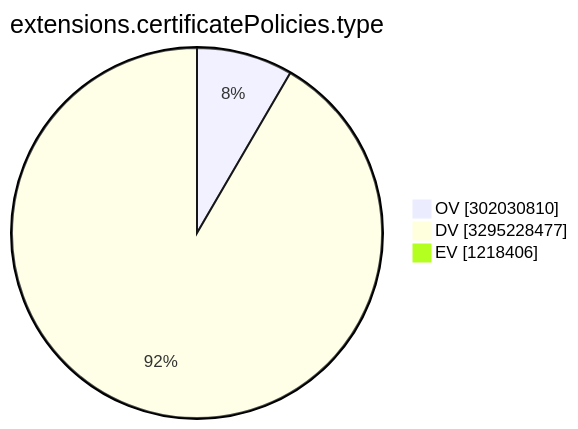
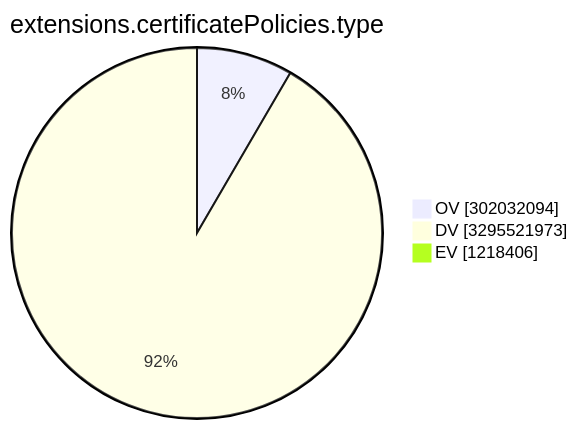
One commit to christiankrug/ctmonitor_visualization changed the ninth of 15 diagrams in TOTAL/README.md. Above: the diagram before and after it, drawn with Mermaid. The commit also changed other lines of this file, not shown here.

````diff
--- a/TOTAL/README.md
+++ b/TOTAL/README.md
@@ -3107,7 +3107,7 @@
 ```mermaid
 pie showData
 title extensions.certificatePolicies.type
-"OV" :302030810
-"DV" :3295228477
+"OV" :302032094
+"DV" :3295521973
 "EV" :1218406
 ```
````
